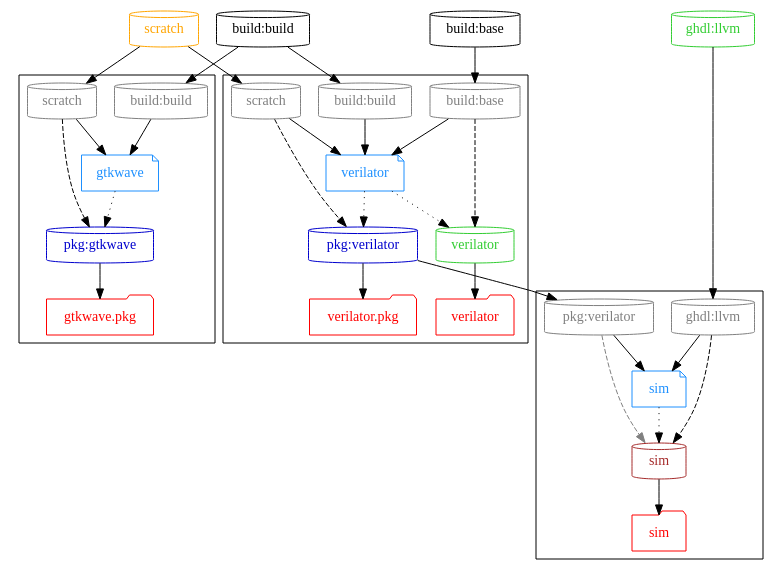
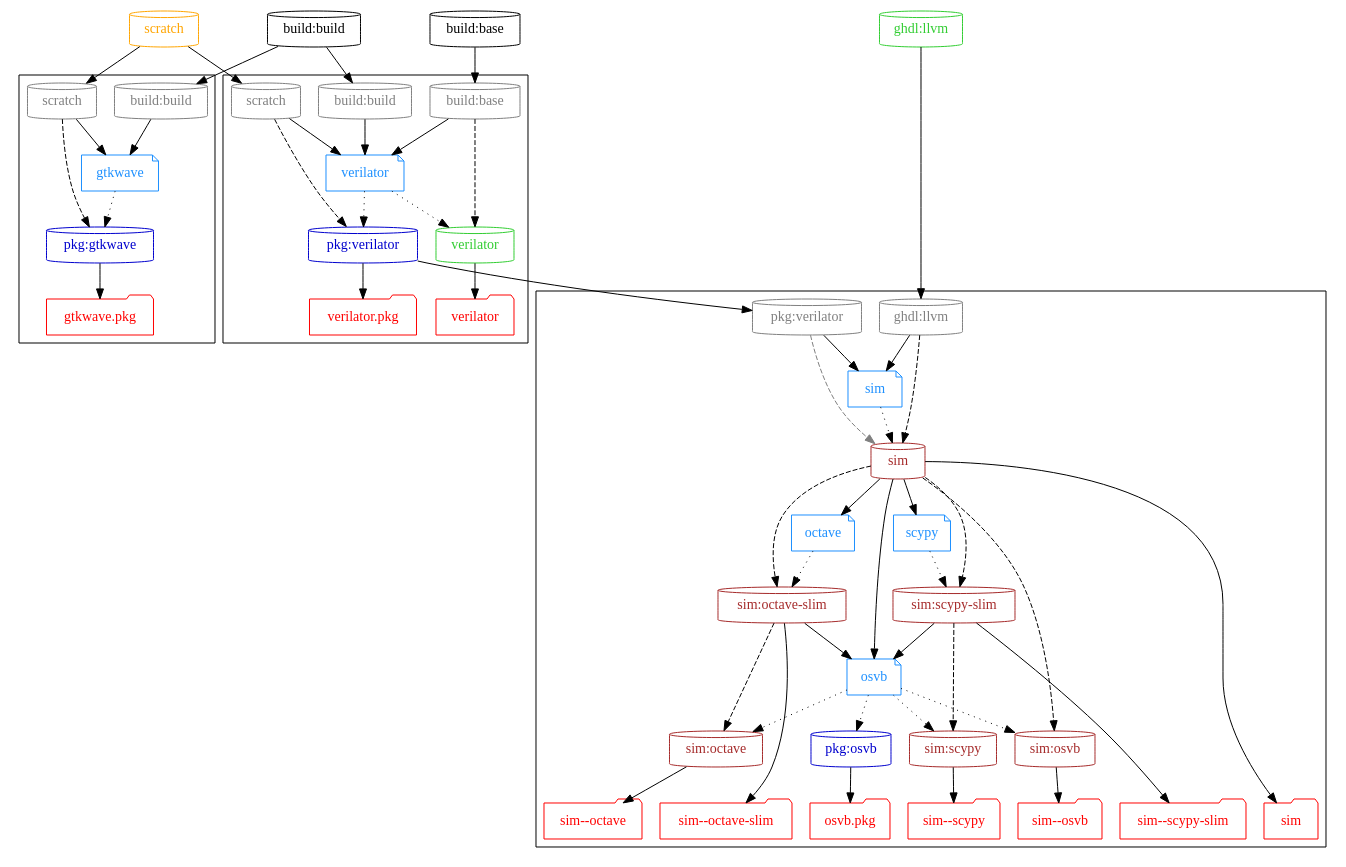
One commit to hdl/containers changed the diagram in graph/sim.dot. Above: the diagram before and after it, drawn with Graphviz. The commit also changed 16 other files, not shown here.

Commit message:
sim: add osvb, scypy and octave images

```diff
--- a/graph/sim.dot
+++ b/graph/sim.dot
@@ -1,144 +1,196 @@
 # Authors:
 #   Unai Martinez-Corral
 #
 # Copyright 2019-2021 Unai Martinez-Corral <unai.martinezcorral@ehu.eus>
 #
 # Licensed under the Apache License, Version 2.0 (the "License");
 # you may not use this file except in compliance with the License.
 # You may obtain a copy of the License at
 #
 #     http://www.apache.org/licenses/LICENSE-2.0
 #
 # Unless required by applicable law or agreed to in writing, software
 # distributed under the License is distributed on an "AS IS" BASIS,
 # WITHOUT WARRANTIES OR CONDITIONS OF ANY KIND, either express or implied.
 # See the License for the specific language governing permissions and
 # limitations under the License.
 #
 # SPDX-License-Identifier: Apache-2.0
 
 digraph G {
 
   #splines=polyline; #curved
   newrank=true;
 
   # Dockerfiles
 
   { node [shape=note, color=dodgerblue, fontcolor=dodgerblue]
     d_gtkwave   [label="gtkwave"];
     d_verilator [label="verilator"];
     d_sim       [label="sim"];
+    d_octave    [label="octave"];
+    d_scypy     [label="scypy"];
+    d_osvb      [label="osvb"];
   }
 
   # Images
 
   { node [shape=cylinder]
     "build:build"
     "build:base"
     { node [color=limegreen, fontcolor=limegreen]
       "verilator"
       "ghdl:llvm"
     }
     { node [color=mediumblue, fontcolor=mediumblue]
       "pkg:gtkwave"
       "pkg:verilator"
+      "pkg:osvb"
     }
     { node [color=brown, fontcolor=brown]
       "sim"
+      "sim:scypy-slim"
+      "sim:scypy"
+      "sim:octave-slim"
+      "sim:octave"
+      "sim:osvb"
     }
   }
 
   # External images
 
   { node [shape=cylinder, color=orange, fontcolor=orange]
     "scratch"
   }
 
   { rank=same
     "build:build"
     "build:base"
     "scratch"
     "ghdl:llvm"
   }
 
   # Workflows
 
   subgraph cluster_gtkwave {
     { rank=same
       node [shape=cylinder, color=grey, fontcolor=grey]
       "p_gtkwave_build:build" [label="build:build"]
       "p_gtkwave_scratch" [label="scratch"]
     }
 
     d_gtkwave -> "pkg:gtkwave" [style=dotted];
 
     "t_pkg:gtkwave" [shape=folder, color=red, fontcolor=red, label="gtkwave.pkg"];
 
     "pkg:gtkwave" -> "t_pkg:gtkwave";
   }
 
   subgraph cluster_verilator {
     { rank=same
       node [shape=cylinder, color=grey, fontcolor=grey]
       "p_verilator_build:build" [label="build:build"]
       "p_verilator_build:base" [label="build:base"]
       "p_verilator_scratch" [label="scratch"]
     }
 
     d_verilator -> {
       "verilator"
       "pkg:verilator"
     } [style=dotted];
 
     {
       node [shape=folder, color=red, fontcolor=red]
       "t_verilator" [label="verilator"];
       "t_pkg:verilator" [label="verilator.pkg"];
     }
 
     "verilator" -> "t_verilator";
     "pkg:verilator" -> "t_pkg:verilator";
   }
 
   subgraph cluster_sim {
     { rank=same
       node [shape=cylinder, color=grey, fontcolor=grey]
       "p_sim_ghdl:llvm" [label="ghdl:llvm"]
       "p_sim_pkg:verilator" [label="pkg:verilator"]
     }
 
     d_sim -> "sim" [style=dotted];
 
-    "t_sim" [shape=folder, color=red, fontcolor=red, label="sim"];
+    "sim" -> {
+      d_osvb;
+      d_scypy;
+      d_octave
+    };
+
+    d_osvb -> {
+      "pkg:osvb"
+      "sim:osvb"
+      "sim:scypy"
+      "sim:octave"
+    } [style=dotted];
+
+    {
+      "sim:scypy-slim"
+      "sim:octave-slim"
+    } -> d_osvb;
+
+    d_scypy -> "sim:scypy-slim" [style=dotted];
+    d_octave -> "sim:octave-slim" [style=dotted];
+
+    { rank=same
+      node [shape=folder, color=red, fontcolor=red]
+      "t_sim"             [label="sim"];
+      "t_pkg:osvb"        [label="osvb.pkg"];
+      "t_sim:osvb"        [label="sim--osvb"];
+      "t_sim:scypy-slim"  [label="sim--scypy-slim"];
+      "t_sim:scypy"       [label="sim--scypy"];
+      "t_sim:octave-slim" [label="sim--octave-slim"];
+      "t_sim:octave"      [label="sim--octave"];
+    }
 
     "sim" -> "t_sim";
+    "pkg:osvb" -> "t_pkg:osvb";
+    "sim:osvb" -> "t_sim:osvb";
+    "sim:scypy-slim" -> "t_sim:scypy-slim";
+    "sim:scypy" -> "t_sim:scypy";
+    "sim:octave-slim" -> "t_sim:octave-slim";
+    "sim:octave" -> "t_sim:octave";
   }
 
   # Dockerfile dependencies
 
   "build:build" -> "p_gtkwave_build:build" -> d_gtkwave;
   "scratch" -> "p_gtkwave_scratch" -> d_gtkwave;
 
   "build:build" -> "p_verilator_build:build" -> d_verilator;
   "build:base" -> "p_verilator_build:base" -> d_verilator;
   "scratch" -> "p_verilator_scratch" -> d_verilator;
 
   "ghdl:llvm" -> "p_sim_ghdl:llvm" -> d_sim;
   "pkg:verilator" -> "p_sim_pkg:verilator" -> d_sim;
 
   # Image dependencies
 
   { edge [style=dashed]
     "p_gtkwave_scratch" -> "pkg:gtkwave";
 
     "p_verilator_build:base" -> "verilator";
     "p_verilator_scratch" -> "pkg:verilator";
 
-    "p_sim_ghdl:llvm" -> "sim";
+    "p_sim_ghdl:llvm" -> "sim" -> {
+      "sim:osvb"
+      "sim:scypy-slim"
+      "sim:octave-slim"
+    };
+
+    "sim:scypy-slim" -> "sim:scypy";
+    "sim:octave-slim" -> "sim:octave";
   }
 
   { edge [style=dashed, color=grey]
     "p_sim_pkg:verilator" -> "sim";
   }
 
 }
```
